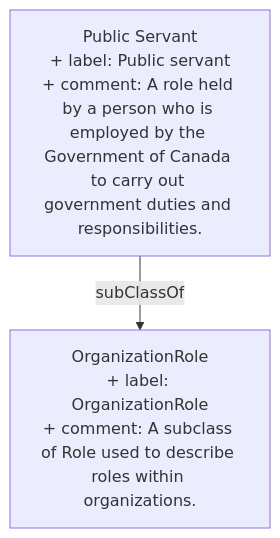
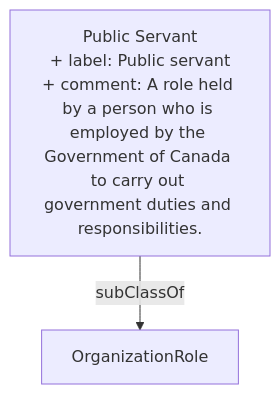
Before and after one commit to heidingaway/heidi2: the diagram in content/policy on service and digital/public_servant.md, drawn with Mermaid. The commit also changed other lines of this file and 350 other files, not shown here.

````diff
--- a/content/policy on service and digital/public_servant.md
+++ b/content/policy on service and digital/public_servant.md
@@ -23,6 +25,6 @@
 ```mermaid
 graph TD
   Public_Servant["Public Servant<br>+ label: Public servant<br>+ comment: A role held by a person who is employed by the Government of Canada to carry out government duties and responsibilities."]:::current-page-node
-  OrganizationRole["OrganizationRole<br>+ label: OrganizationRole<br>+ comment: A subclass of Role used to describe roles within organizations."]
+  OrganizationRole["OrganizationRole"]
   Public_Servant-->|" subClassOf "|OrganizationRole
 ```
````
